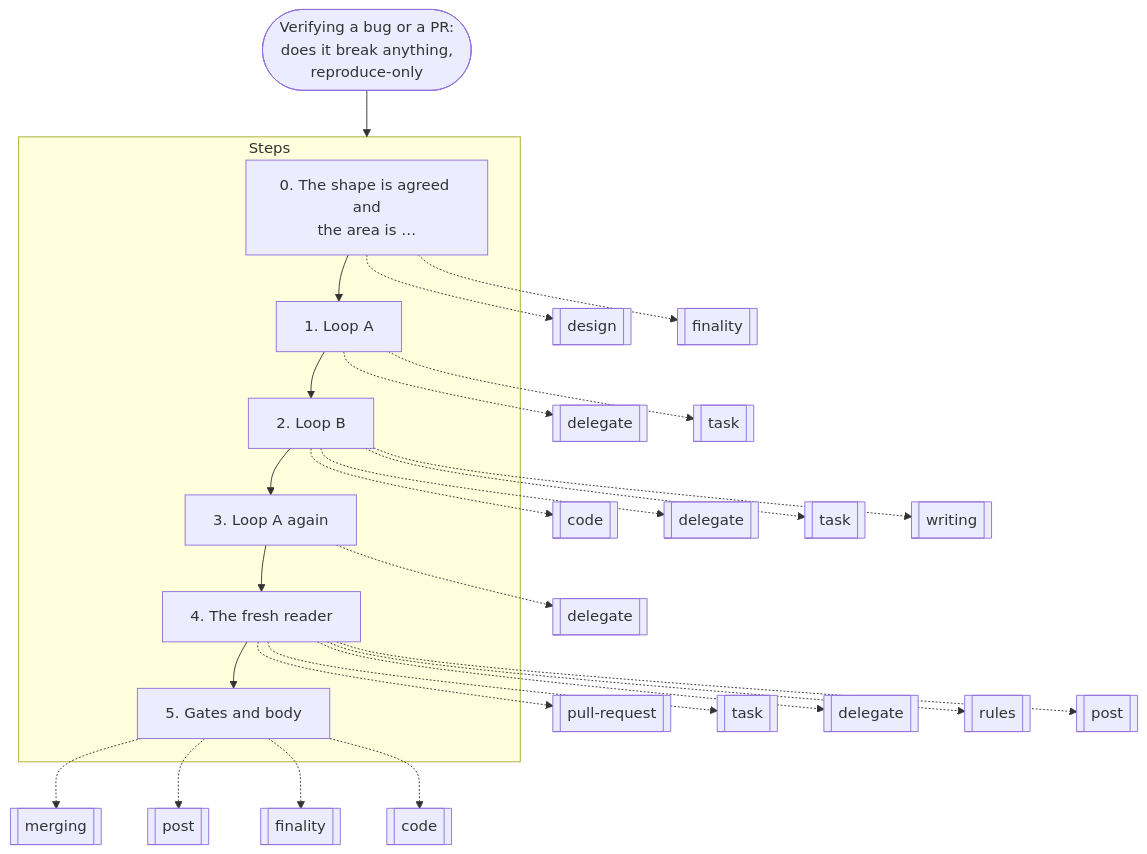
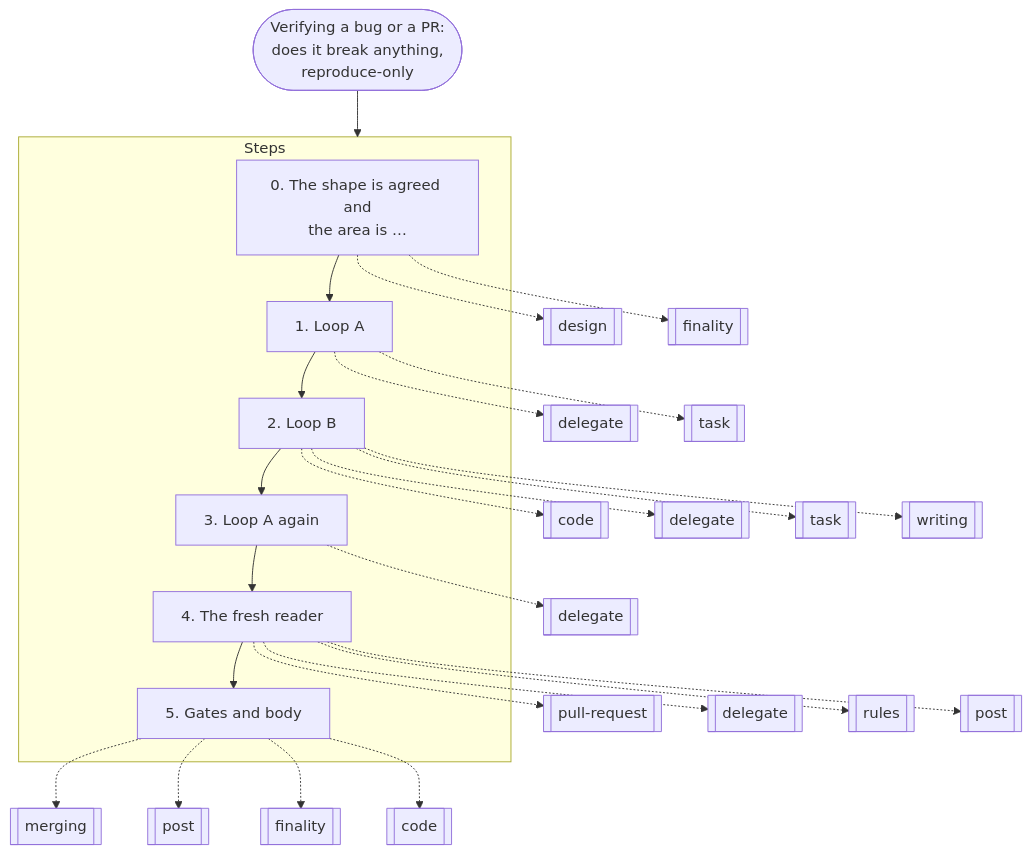
Before and after one commit to nitedani/mergeworthy: diagram 12 of 19 in docs/graphs.md, drawn with Mermaid. The commit also changed other lines of this file and 21 other files, not shown here.

````diff
--- a/docs/graphs.md
+++ b/docs/graphs.md
@@ -337,36 +336,35 @@
 ```mermaid
 flowchart TB
   start(["Verifying a bug or a PR:<br/>does it break anything,<br/>reproduce-only"])
   subgraph g0["Steps"]
     s0["0. The shape is agreed and<br/>the area is …"]
     s1["1. Loop A"]
     s0 --> s1
     s2["2. Loop B"]
     s1 --> s2
     s3["3. Loop A again"]
     s2 --> s3
     s4["4. The fresh reader"]
     s3 --> s4
     s5["5. Gates and body"]
     s4 --> s5
   end
   s0 -.-> r1[["design"]]
   s0 -.-> r2[["finality"]]
   s1 -.-> r3[["delegate"]]
   s1 -.-> r4[["task"]]
   s2 -.-> r5[["code"]]
   s2 -.-> r6[["delegate"]]
   s2 -.-> r7[["task"]]
   s2 -.-> r8[["writing"]]
   s3 -.-> r9[["delegate"]]
   s4 -.-> r10[["pull-request"]]
-  s4 -.-> r11[["task"]]
-  s4 -.-> r12[["delegate"]]
-  s4 -.-> r13[["rules"]]
-  s4 -.-> r14[["post"]]
-  s5 -.-> r15[["merging"]]
-  s5 -.-> r16[["post"]]
-  s5 -.-> r17[["finality"]]
-  s5 -.-> r18[["code"]]
+  s4 -.-> r11[["delegate"]]
+  s4 -.-> r12[["rules"]]
+  s4 -.-> r13[["post"]]
+  s5 -.-> r14[["merging"]]
+  s5 -.-> r15[["post"]]
+  s5 -.-> r16[["finality"]]
+  s5 -.-> r17[["code"]]
   start --> g0
 ```
````
